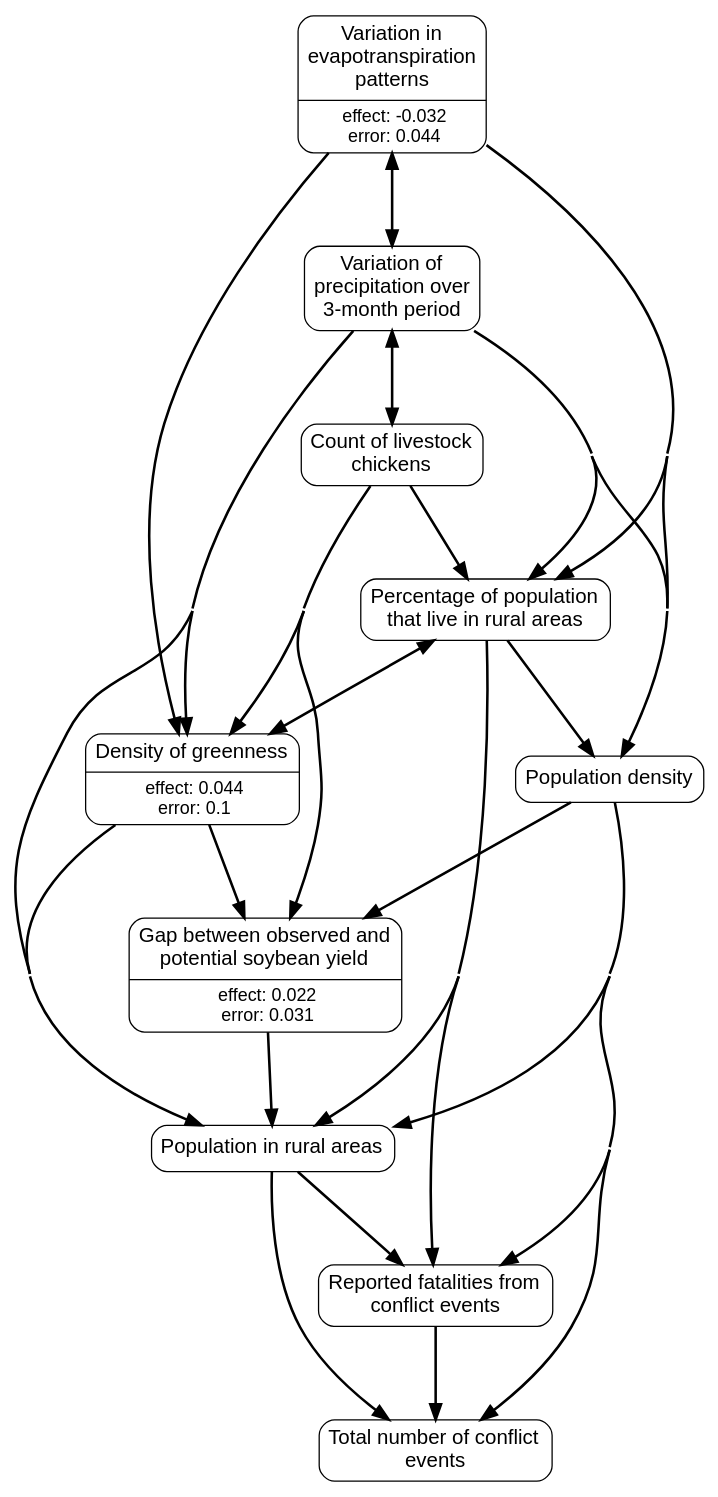
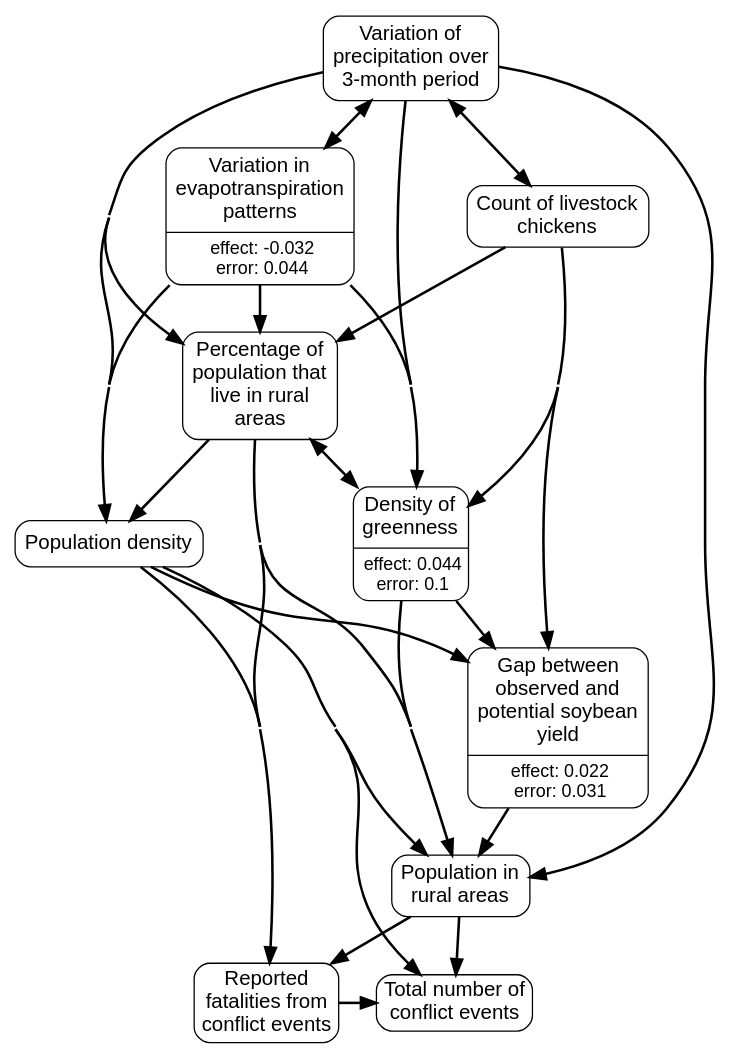
The diagram in app/javascript/images/regions/causal_graphs/latin_america_and_caribbean.gv (wri/wri-wpsi), drawn with Graphviz before and after one commit. The commit also changed 14 other files, not shown here.

```diff
--- a/app/javascript/images/regions/causal_graphs/latin_america_and_caribbean.gv
+++ b/app/javascript/images/regions/causal_graphs/latin_america_and_caribbean.gv
@@ -1,83 +1,81 @@
 # generated file for region: latin_america_and_caribbean by CausalModelRegionGenerator
 strict digraph causalModel {
 nodesep = 0.4;
 concentrate = true;
 node[shape = Mrecord, fontname = "Helvetica, Arial, sans-serif", margin = "0.07,0.05", penwidth = 1.0];
 edge[arrowsize = 1.2, penwidth = 2];
-ranksep=1;
 
+#ranks
+{rank=same; acl_sum_evnt_m acl_sum_fatl_m; }
 # links
 et_anom_m_STD_m -> spi_3_m;
 et_anom_m_STD_m -> rurratio_s;
 et_anom_m_STD_m -> locdensity_y;
 et_anom_m_STD_m -> ndvi_act_min_m;
 chicken_number_s -> spi_3_m;
 chicken_number_s -> yield_gap_soybean_s;
 chicken_number_s -> rurratio_s;
 chicken_number_s -> ndvi_act_min_m;
 spi_3_m -> et_anom_m_STD_m;
 spi_3_m -> chicken_number_s;
 spi_3_m -> rurpop_s;
 spi_3_m -> rurratio_s;
 spi_3_m -> locdensity_y;
 spi_3_m -> ndvi_act_min_m;
 rurpop_s -> acl_sum_evnt_m;
 rurpop_s -> acl_sum_fatl_m;
 yield_gap_soybean_s -> rurpop_s;
 rurratio_s -> rurpop_s;
 rurratio_s -> locdensity_y;
 rurratio_s -> ndvi_act_min_m;
 rurratio_s -> acl_sum_fatl_m;
 locdensity_y -> rurpop_s;
 locdensity_y -> yield_gap_soybean_s;
 locdensity_y -> acl_sum_evnt_m;
 locdensity_y -> acl_sum_fatl_m;
 ndvi_act_min_m -> rurpop_s;
 ndvi_act_min_m -> yield_gap_soybean_s;
 ndvi_act_min_m -> rurratio_s;
 acl_sum_fatl_m -> acl_sum_evnt_m;
 # nodes
 et_anom_m_STD_m [label = <{<table align="center" border="0" cellspacing="1" cellpadding="1">
 <tr><td><font point-size="16">Variation in<br/>evapotranspiration<br/>patterns<br/></font></td></tr>
 </table>
 |<table border="0" cellspacing="1" cellpadding="0.5"><tr><td><font point-size="14">effect: -0.032</font></td></tr>
 <tr><td><font point-size="14">error: 0.044</font></td></tr></table>}>, class = rankB];
 chicken_number_s [label = <<table align="center" border="0" cellspacing="1" cellpadding="1">
 <tr><td><font point-size="16">Count of livestock<br/>chickens<br/></font></td></tr>
 </table>
 >, class = rankB];
 spi_3_m [label = <<table align="center" border="0" cellspacing="1" cellpadding="1">
 <tr><td><font point-size="16">Variation of<br/>precipitation over<br/>3-month period<br/></font></td></tr>
 </table>
 >, class = rankB];
 rurpop_s [label = <<table align="center" border="0" cellspacing="1" cellpadding="1">
-<tr><td><font point-size="16">Population in rural areas</font></td></tr>
+<tr><td><font point-size="16">Population in<br/>rural areas<br/></font></td></tr>
 </table>
 >, class = rankB];
 yield_gap_soybean_s [label = <{<table align="center" border="0" cellspacing="1" cellpadding="1">
-<tr><td><font point-size="16">Gap between observed and<br/>potential soybean yield<br/></font></td></tr>
+<tr><td><font point-size="16">Gap between<br/>observed and<br/>potential soybean<br/>yield<br/></font></td></tr>
 </table>
 |<table border="0" cellspacing="1" cellpadding="0.5"><tr><td><font point-size="14">effect: 0.022</font></td></tr>
 <tr><td><font point-size="14">error: 0.031</font></td></tr></table>}>, class = rankB];
 rurratio_s [label = <<table align="center" border="0" cellspacing="1" cellpadding="1">
-<tr><td><font point-size="16">Percentage of population<br/>that live in rural areas<br/></font></td></tr>
+<tr><td><font point-size="16">Percentage of<br/>population that<br/>live in rural<br/>areas<br/></font></td></tr>
 </table>
 >, class = rankB];
 locdensity_y [label = <<table align="center" border="0" cellspacing="1" cellpadding="1">
 <tr><td><font point-size="16">Population density</font></td></tr>
 </table>
 >, class = rankB];
 ndvi_act_min_m [label = <{<table align="center" border="0" cellspacing="1" cellpadding="1">
-<tr><td><font point-size="16">Density of greenness</font></td></tr>
+<tr><td><font point-size="16">Density of<br/>greenness<br/></font></td></tr>
 </table>
 |<table border="0" cellspacing="1" cellpadding="0.5"><tr><td><font point-size="14">effect: 0.044</font></td></tr>
 <tr><td><font point-size="14">error: 0.1</font></td></tr></table>}>, class = rankB];
-acl_sum_evnt_m [label = <<table align="center" border="0" cellspacing="1" cellpadding="1">
-<tr><td><font point-size="16">Total number of conflict<br/>events<br/></font></td></tr>
-</table>
->, class = rankC];
-acl_sum_fatl_m [label = <<table align="center" border="0" cellspacing="1" cellpadding="1">
-<tr><td><font point-size="16">Reported fatalities from<br/>conflict events<br/></font></td></tr>
-</table>
->, class = rankC];
+acl_sum_evnt_m [label = "Total number of
+conflict events", class = rankC, shape=box, style=rounded, fontsize="16pt"];
+acl_sum_fatl_m [label = "Reported
+fatalities from
+conflict events", class = rankC, shape=box, style=rounded, fontsize="16pt"];
 }
```
